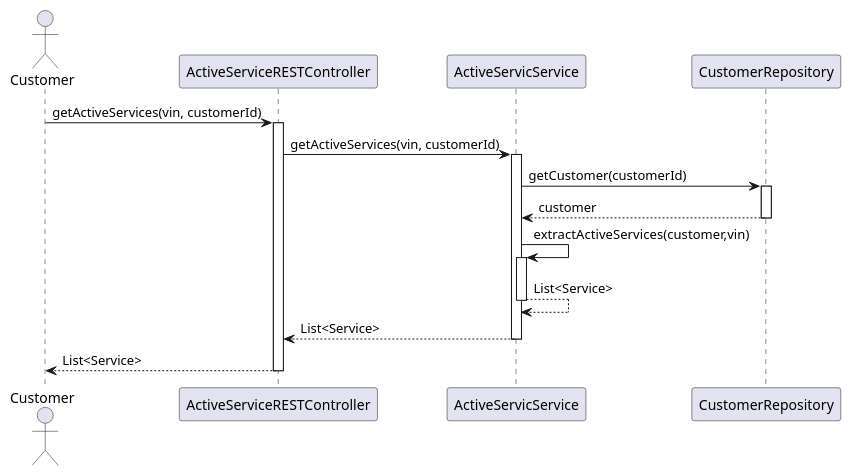
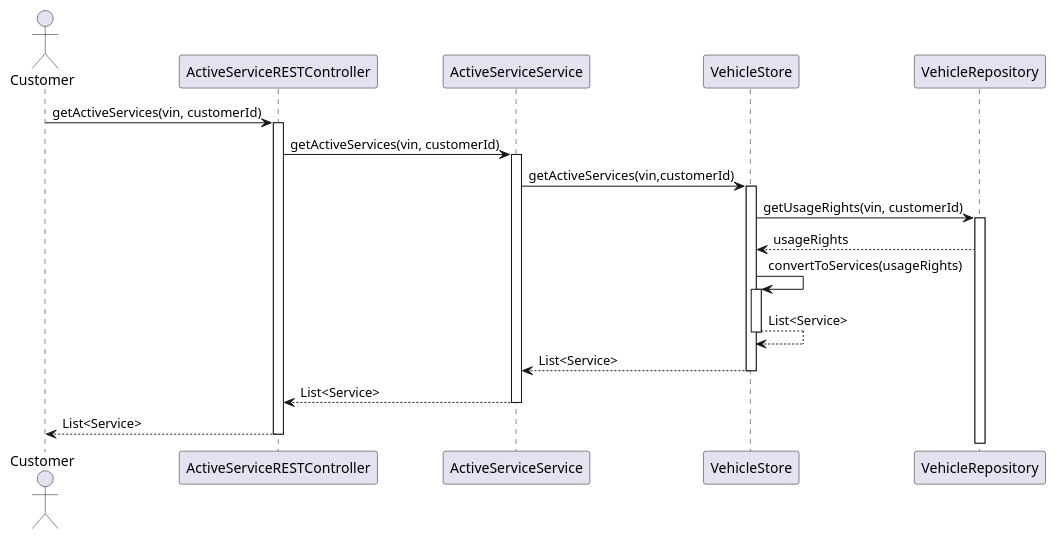
The second of 2 diagrams in Phase 2/MoTraCoCa/UML/Neue Anforderungen/Sequence(GetActiveServices).puml (ljbg1996/car-backend), drawn with PlantUML before and after one commit. The commit also changed other lines of this file and 9 other files, not shown here.

Commit message:
UML Anpassung an Anforderungen

```diff
--- a/Phase 2/MoTraCoCa/UML/Neue Anforderungen/Sequence(GetActiveServices).puml
+++ b/Phase 2/MoTraCoCa/UML/Neue Anforderungen/Sequence(GetActiveServices).puml
@@ -1,27 +12,33 @@
 @startuml
 
 actor Customer
 
 Customer -> ActiveServiceRESTController : getActiveServices(vin, customerId)
 activate ActiveServiceRESTController
 
-ActiveServiceRESTController -> ActiveServicService : getActiveServices(vin, customerId)
-activate ActiveServicService
+ActiveServiceRESTController -> ActiveServiceService : getActiveServices(vin, customerId)
+activate ActiveServiceService
 
-ActiveServicService -> CustomerRepository : getCustomer(customerId)
-activate CustomerRepository
-CustomerRepository --> ActiveServicService : customer
-deactivate CustomerRepository
+ActiveServiceService -> VehicleStore : getActiveServices(vin,customerId)
+activate VehicleStore
 
-ActiveServicService -> ActiveServicService  : extractActiveServices(customer,vin)
-activate ActiveServicService
-ActiveServicService --> ActiveServicService : List<Service>
-deactivate ActiveServicService
+VehicleStore -> VehicleRepository: getUsageRights(vin, customerId)
+activate VehicleRepository
+VehicleRepository --> VehicleStore : usageRights
 
-ActiveServicService --> ActiveServiceRESTController : List<Service>
-deactivate ActiveServicService
+VehicleStore -> VehicleStore: convertToServices(usageRights)
+activate VehicleStore
+VehicleStore --> VehicleStore: List<Service>
+deactivate VehicleStore
+VehicleStore --> ActiveServiceService : List<Service>
+deactivate VehicleStore
+
+
+
+ActiveServiceService --> ActiveServiceRESTController : List<Service>
+deactivate ActiveServiceService
 
 ActiveServiceRESTController --> Customer : List<Service>
 deactivate ActiveServiceRESTController
 
 @enduml
```
